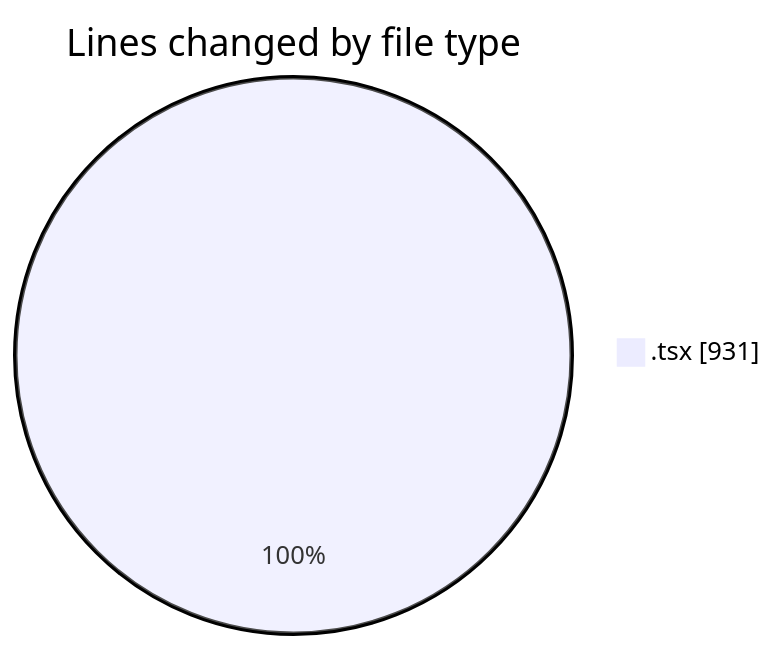
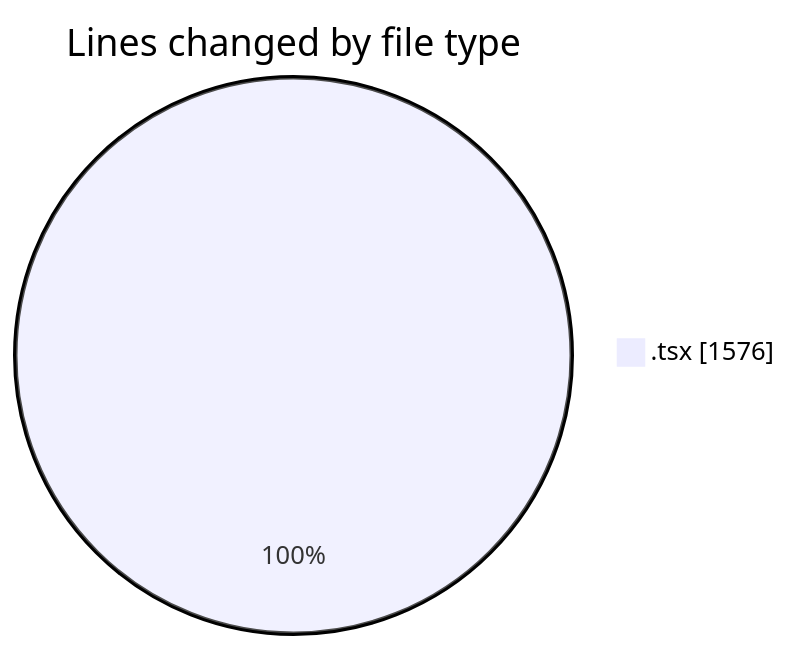
Before and after one commit to nxtqubesakshisongat/code-tracking: the first of 2 diagrams in 2026-06-15/nxtqube_webapp/README.md, drawn with Mermaid. The commit also changed other lines of this file and 1 other file, not shown here.

````diff
--- a/2026-06-15/nxtqube_webapp/README.md
+++ b/2026-06-15/nxtqube_webapp/README.md
@@ -20,5 +21,5 @@
 ```mermaid
 pie showData
 title Lines changed by file type
-".tsx" : 931
+".tsx" : 1576
 ```
````
